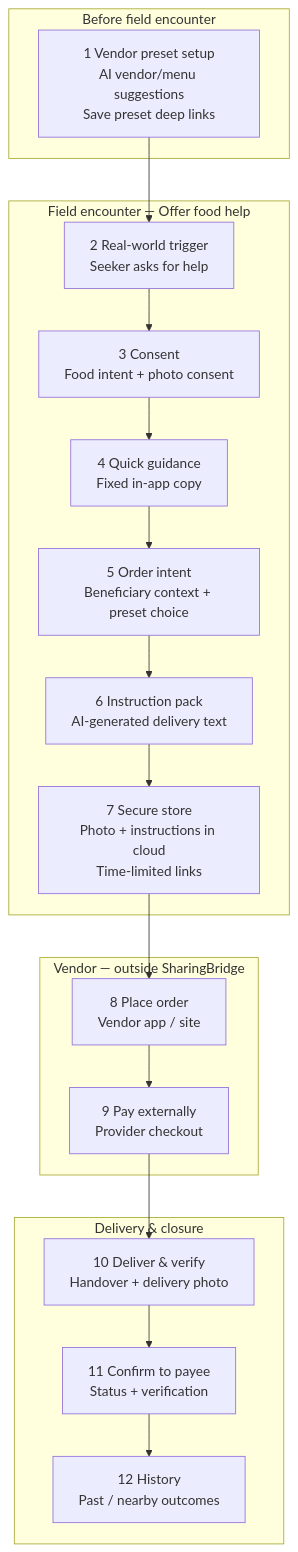
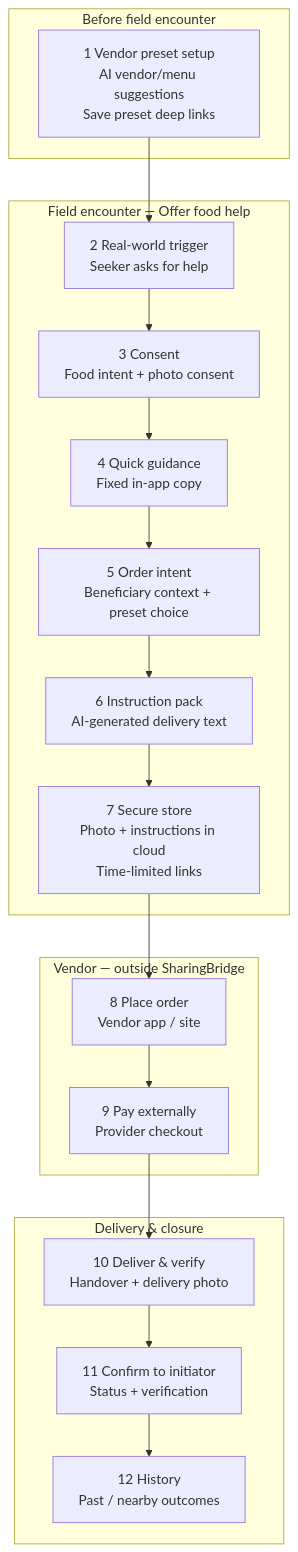
One commit to sharingbridge/sharingbridge changed the first of 4 diagrams in design/SharingBridge_End_to_End_Workflow.md. Above: the diagram before and after it, drawn with Mermaid. The commit also changed other lines of this file and 21 other files, not shown here.

Commit message:
Lock vocabulary: initiator, payer, payee as payment recipient.

````diff
--- a/design/SharingBridge_End_to_End_Workflow.md
+++ b/design/SharingBridge_End_to_End_Workflow.md
@@ -31,30 +31,30 @@
 ```mermaid
 flowchart TB
   subgraph pre["Before field encounter"]
     S1["1 Vendor preset setup\nAI vendor/menu suggestions\nSave preset deep links"]
   end
 
   subgraph field["Field encounter — Offer food help"]
     S2["2 Real-world trigger\nSeeker asks for help"]
     S3["3 Consent\nFood intent + photo consent"]
     S4["4 Quick guidance\nFixed in-app copy"]
     S5["5 Order intent\nBeneficiary context + preset choice"]
     S6["6 Instruction pack\nAI-generated delivery text"]
     S7["7 Secure store\nPhoto + instructions in cloud\nTime-limited links"]
   end
 
   subgraph vendor["Vendor — outside SharingBridge"]
     S8["8 Place order\nVendor app / site"]
     S9["9 Pay externally\nProvider checkout"]
   end
 
   subgraph delivery["Delivery & closure"]
     S10["10 Deliver & verify\nHandover + delivery photo"]
-    S11["11 Confirm to payee\nStatus + verification"]
+    S11["11 Confirm to initiator\nStatus + verification"]
     S12["12 History\nPast / nearby outcomes"]
   end
 
   S1 --> S2
   S2 --> S3 --> S4 --> S5 --> S6 --> S7
   S7 --> S8 --> S9 --> S10 --> S11 --> S12
 ```
````
